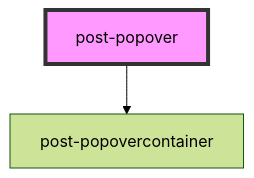
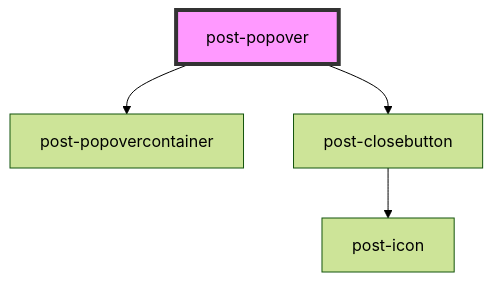
One commit to swisspost/design-system changed the diagram in packages/components/src/components/post-popover/readme.md. Above: the diagram before and after it, drawn with Mermaid (forest theme). The commit also changed other lines of this file and 23 other files, not shown here.

Commit message:
chore(styles, components): replaced `.btn-close` with `post-closebutton`

````diff
--- a/packages/components/src/components/post-popover/readme.md
+++ b/packages/components/src/components/post-popover/readme.md
@@ -70,5 +71,7 @@
 ```mermaid
 graph TD;
   post-popover --> post-popovercontainer
+  post-popover --> post-closebutton
+  post-closebutton --> post-icon
   style post-popover fill:#f9f,stroke:#333,stroke-width:4px
 ```
````
